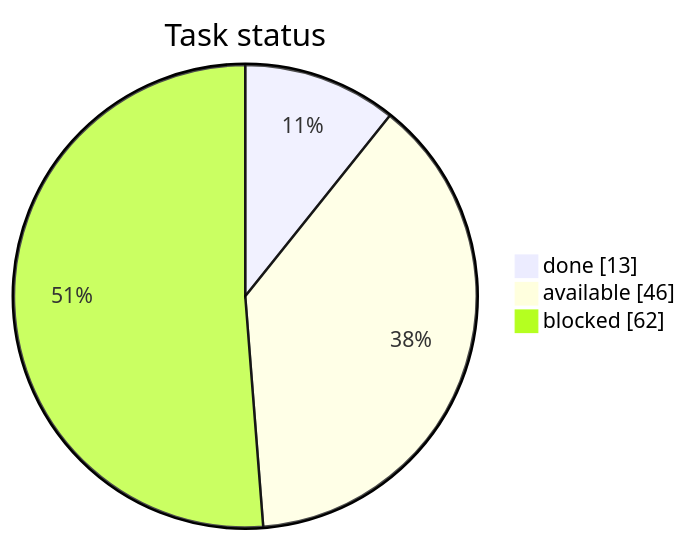
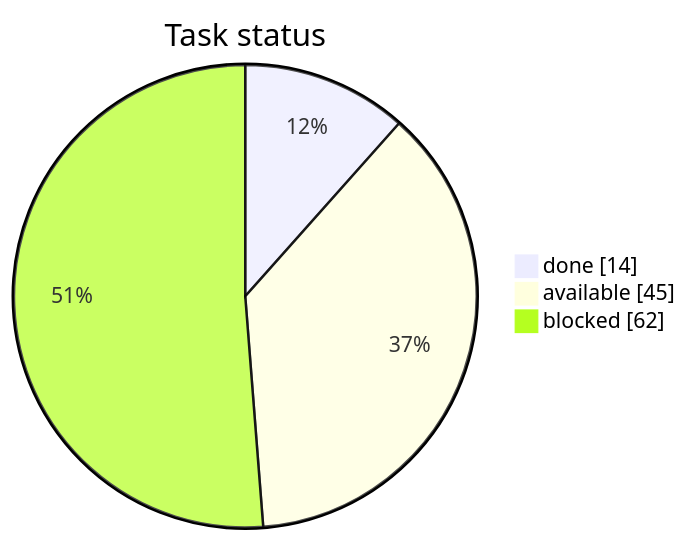
One commit to artemiiShabanov/RallyRivals changed the first of 3 diagrams in STATUS.md. Above: the diagram before and after it, drawn with Mermaid. The commit also changed other lines of this file and 2 other files, not shown here.

````diff
--- a/STATUS.md
+++ b/STATUS.md
@@ -7,7 +7,7 @@
 ```mermaid
 pie showData
     title Task status
-    "done" : 13
-    "available" : 46
+    "done" : 14
+    "available" : 45
     "blocked" : 62
 ```
````
